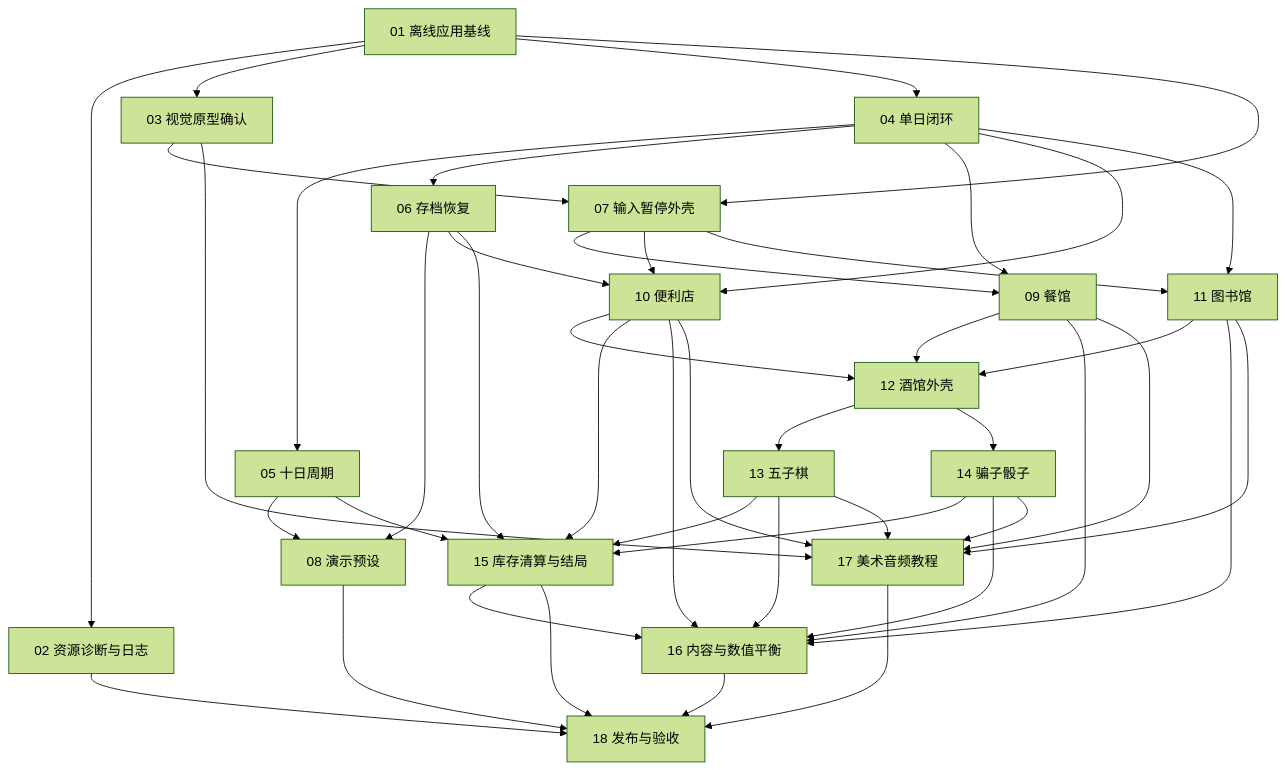
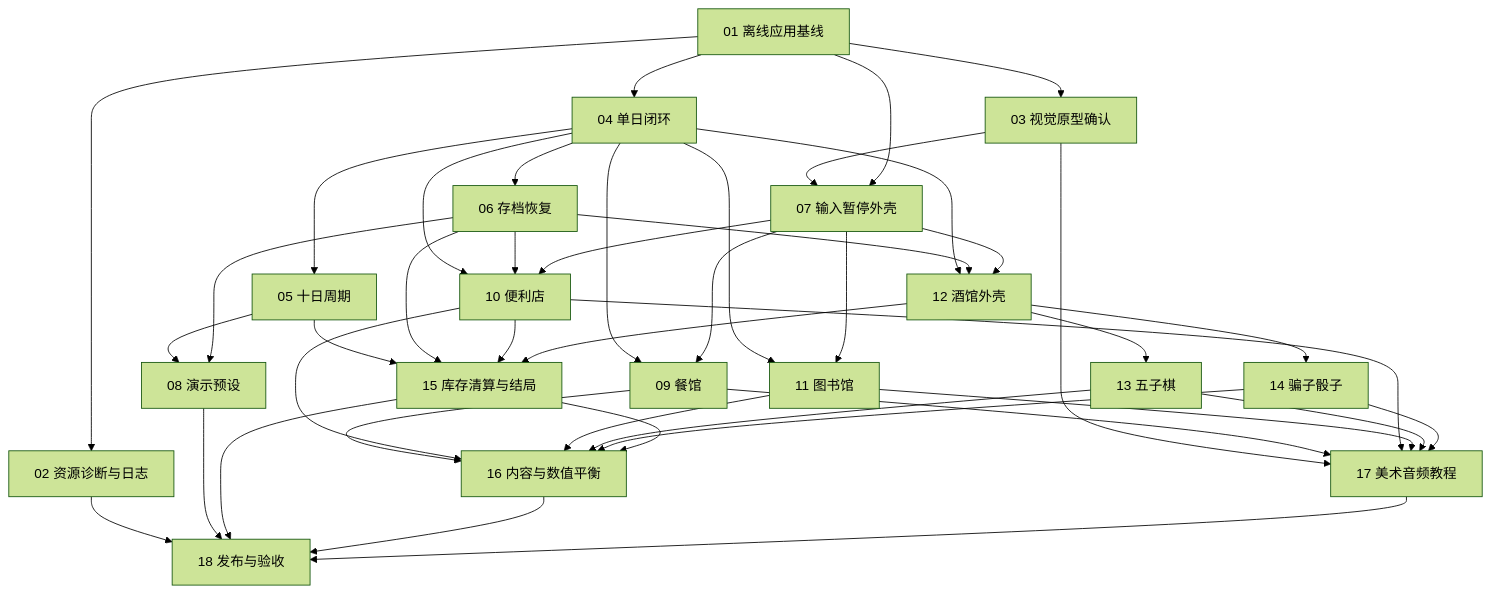
One commit to ljm-hsw/-666 changed the diagram in docs/PROJECT_PLAN.md. Above: the diagram before and after it, drawn with Mermaid (forest theme). The commit also changed other lines of this file and 2 other files, not shown here.

````diff
--- a/docs/PROJECT_PLAN.md
+++ b/docs/PROJECT_PLAN.md
@@ -29,46 +29,45 @@
 ```mermaid
 flowchart TD
     I01["01 离线应用基线"] --> I02["02 资源诊断与日志"]
     I01 --> I03["03 视觉原型确认"]
     I01 --> I04["04 单日闭环"]
     I04 --> I05["05 十日周期"]
     I04 --> I06["06 存档恢复"]
     I03 --> I07["07 输入暂停外壳"]
     I01 --> I07
     I05 --> I08["08 演示预设"]
     I06 --> I08
     I04 --> I09["09 餐馆"]
     I07 --> I09
     I04 --> I10["10 便利店"]
     I06 --> I10
     I07 --> I10
     I04 --> I11["11 图书馆"]
     I07 --> I11
-    I09 --> I12["12 酒馆外壳"]
-    I10 --> I12
-    I11 --> I12
+    I04 --> I12["12 酒馆外壳"]
+    I06 --> I12
+    I07 --> I12
     I12 --> I13["13 五子棋"]
     I12 --> I14["14 骗子骰子"]
     I05 --> I15["15 库存清算与结局"]
     I06 --> I15
     I10 --> I15
-    I13 --> I15
-    I14 --> I15
+    I12 --> I15
     I09 --> I16["16 内容与数值平衡"]
     I10 --> I16
     I11 --> I16
     I13 --> I16
     I14 --> I16
     I15 --> I16
     I03 --> I17["17 美术音频教程"]
     I09 --> I17
     I10 --> I17
     I11 --> I17
     I13 --> I17
     I14 --> I17
     I02 --> I18["18 发布与验收"]
     I08 --> I18
     I15 --> I18
     I16 --> I18
     I17 --> I18
 ```
````
